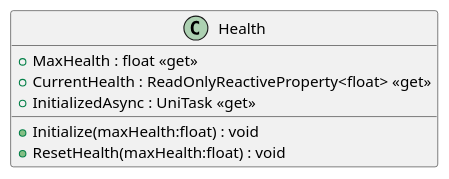
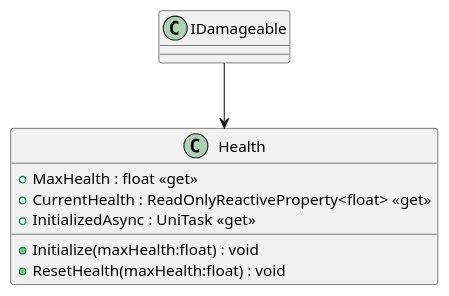
One commit to asterisk-cn/RougueShooter changed the diagram in plantuml/target/Player/Health.puml. Above: the diagram before and after it, drawn with PlantUML. The commit also changed 26 other files, not shown here.

```diff
--- a/plantuml/target/Player/Health.puml
+++ b/plantuml/target/Player/Health.puml
@@ -1,9 +1,10 @@
 @startuml
 class Health {
     + MaxHealth : float <<get>>
     + CurrentHealth : ReadOnlyReactiveProperty<float> <<get>>
     + InitializedAsync : UniTask <<get>>
     + Initialize(maxHealth:float) : void
     + ResetHealth(maxHealth:float) : void
 }
+IDamageable --> Health
 @enduml
```
